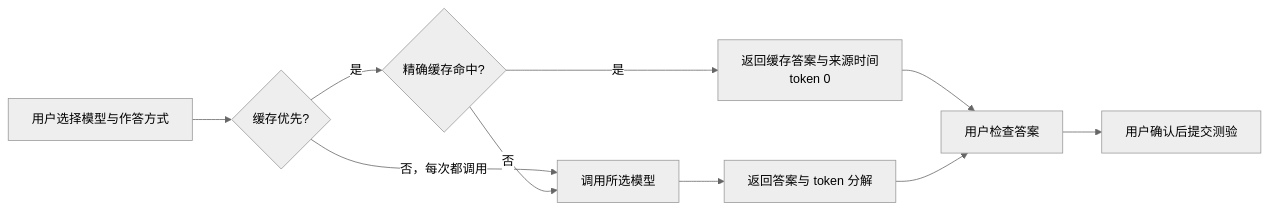
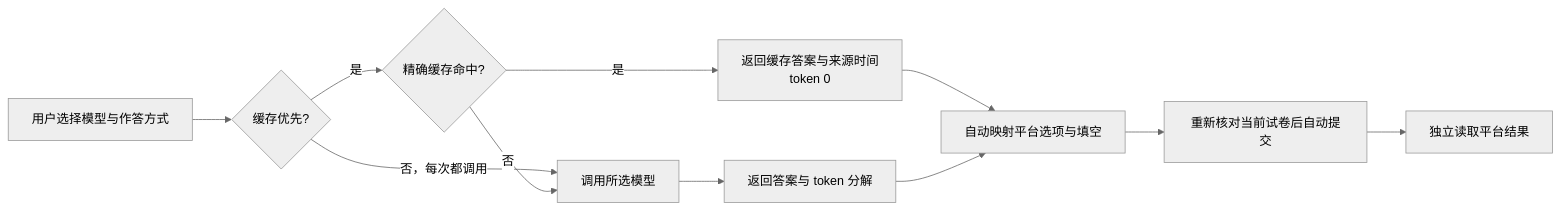
The second of 3 diagrams in docs/product/user-flows.md (onprs/ByebyeOCS), drawn with Mermaid (neutral theme) before and after one commit. The commit also changed other lines of this file and 82 other files, not shown here.

````diff
--- a/docs/product/user-flows.md
+++ b/docs/product/user-flows.md
@@ -46,12 +46,13 @@
 ```mermaid
 flowchart LR
     A[用户选择模型与作答方式] --> B{缓存优先?}
     B -->|否，每次都调用| D[调用所选模型]
     B -->|是| C{精确缓存命中?}
     C -->|是| E[返回缓存答案与来源时间<br/>token 0]
     C -->|否| D
     D --> F[返回答案与 token 分解]
-    E --> G[用户检查答案]
+    E --> G[自动映射平台选项与填空]
     F --> G
-    G --> H[用户确认后提交测验]
+    G --> H[重新核对当前试卷后自动提交]
+    H --> I[独立读取平台结果]
 ```
````
